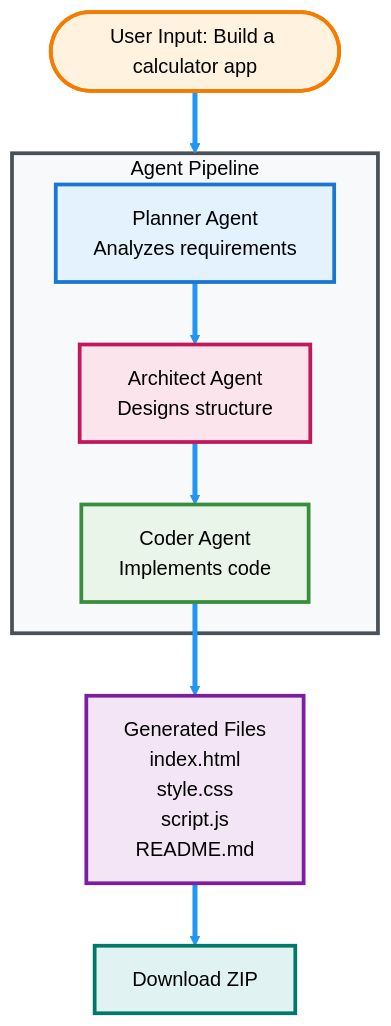
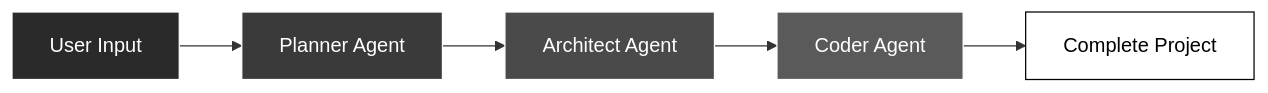
One commit to NamanKundan/AutoDev_AI changed the diagram in README.md. Above: the diagram before and after it, drawn with Mermaid. The commit also changed other lines of this file, not shown here.

````diff
--- a/README.md
+++ b/README.md
@@ -20,28 +42,13 @@
 ```mermaid
-flowchart TD
-    Start([User Input: Build a calculator app])
+graph LR
+    A[User Input] --> B[Planner Agent]
+    B --> C[Architect Agent]
+    C --> D[Coder Agent]
+    D --> E[Complete Project]
     
-    subgraph Pipeline [" Agent Pipeline "]
-        Planner[Planner Agent<br/>Analyzes requirements] --> Architect
-        Architect[Architect Agent<br/>Designs structure] --> Coder
-        Coder[Coder Agent<br/>Implements code]
-    end
-    
-    Start --> Pipeline
-    Coder --> Files[Generated Files<br/>index.html<br/>style.css<br/>script.js<br/>README.md]
-    Files --> Download[Download ZIP]
-    
-    style Planner fill:#e3f2fd,stroke:#1976d2,stroke-width:3px,color:#000
-    style Architect fill:#fce4ec,stroke:#c2185b,stroke-width:3px,color:#000
-    style Coder fill:#e8f5e8,stroke:#388e3c,stroke-width:3px,color:#000
-    style Pipeline fill:#f8f9fa,stroke:#495057,stroke-width:3px,color:#000
-    style Start fill:#fff3e0,stroke:#f57c00,stroke-width:3px,color:#000
-    style Files fill:#f3e5f5,stroke:#7b1fa2,stroke-width:3px,color:#000
-    style Download fill:#e0f2f1,stroke:#00796b,stroke-width:3px,color:#000
-    
-    linkStyle 0 stroke:#2196f3,stroke-width:4px
-    linkStyle 1 stroke:#2196f3,stroke-width:4px
-    linkStyle 2 stroke:#2196f3,stroke-width:4px
-    linkStyle 3 stroke:#2196f3,stroke-width:4px
-    linkStyle 4 stroke:#2196f3,stroke-width:4px
+    style A fill:#2a2a2a,stroke:#fff,color:#fff
+    style B fill:#3a3a3a,stroke:#fff,color:#fff
+    style C fill:#4a4a4a,stroke:#fff,color:#fff
+    style D fill:#5a5a5a,stroke:#fff,color:#fff
+    style E fill:#fff,stroke:#000,color:#000
 ```
````
